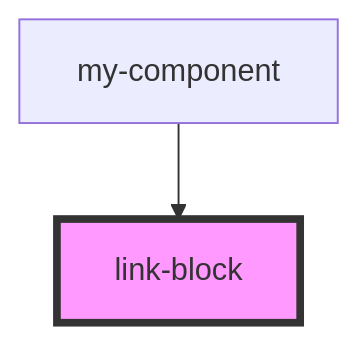
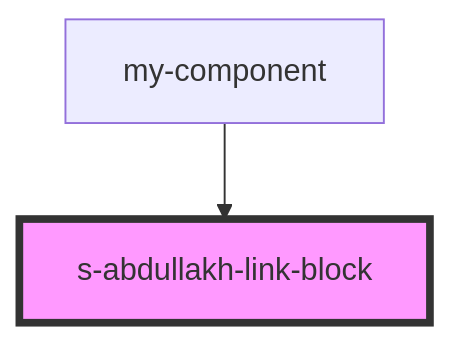
The diagram in src/components/res/view/s-abdullakh-link-block/readme.md (Wokh-Dada/companycards), drawn with Mermaid before and after one commit. The commit also changed other lines of this file and 28 other files, not shown here.

````diff
--- a/src/components/res/view/s-abdullakh-link-block/readme.md
+++ b/src/components/res/view/s-abdullakh-link-block/readme.md
@@ -15,5 +29,5 @@
 ```mermaid
 graph TD;
-  my-component --> link-block
-  style link-block fill:#f9f,stroke:#333,stroke-width:4px
+  my-component --> s-abdullakh-link-block
+  style s-abdullakh-link-block fill:#f9f,stroke:#333,stroke-width:4px
 ```
````
